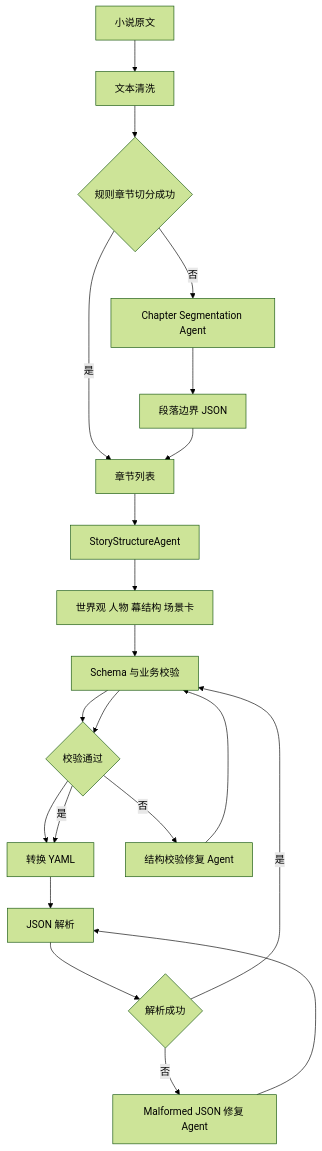
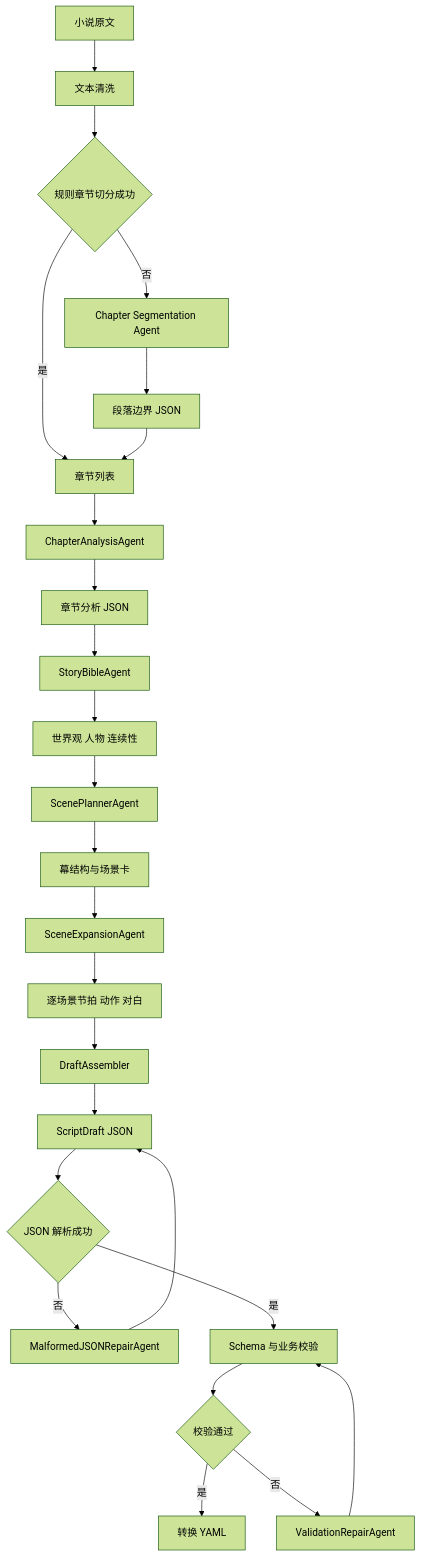
One commit to Flepxum/novelscript-ai changed the diagram in docs/ai-pipeline.md. Above: the diagram before and after it, drawn with Mermaid (forest theme). The commit also changed other lines of this file and 7 other files, not shown here.

````diff
--- a/docs/ai-pipeline.md
+++ b/docs/ai-pipeline.md
@@ -16,23 +16,27 @@
 ```mermaid
 flowchart TD
   A[小说原文] --> B[文本清洗]
   B --> C{规则章节切分成功}
   C -- 是 --> D[章节列表]
   C -- 否 --> E[Chapter Segmentation Agent]
   E --> F[段落边界 JSON]
   F --> D
-  D --> G[StoryStructureAgent]
-  G --> H[世界观 人物 幕结构 场景卡]
-  H --> I[SceneExpansionAgent]
-  I --> J[逐场景生成节拍 动作 对白]
-  J --> K[DraftAssembler]
-  K --> P[JSON 解析]
-  P --> Q{解析成功}
-  Q -- 否 --> R[Malformed JSON 修复 Agent]
+  D --> G[ChapterAnalysisAgent]
+  G --> H[章节分析 JSON]
+  H --> I[StoryBibleAgent]
+  I --> J[世界观 人物 连续性]
+  J --> K[ScenePlannerAgent]
+  K --> L[幕结构与场景卡]
+  L --> M[SceneExpansionAgent]
+  M --> N[逐场景节拍 动作 对白]
+  N --> O[DraftAssembler]
+  O --> P[ScriptDraft JSON]
+  P --> Q{JSON 解析成功}
+  Q -- 否 --> R[MalformedJSONRepairAgent]
   R --> P
-  Q -- 是 --> I[Schema 与业务校验]
-  I --> J{校验通过}
-  J -- 是 --> K[转换 YAML]
-  J -- 否 --> L[结构校验修复 Agent]
-  L --> I
+  Q -- 是 --> S[Schema 与业务校验]
+  S --> T{校验通过}
+  T -- 是 --> U[转换 YAML]
+  T -- 否 --> V[ValidationRepairAgent]
+  V --> S
 ```
````
